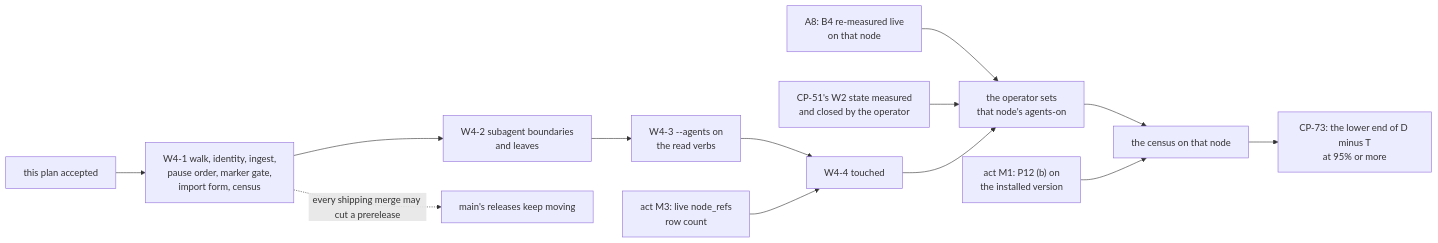
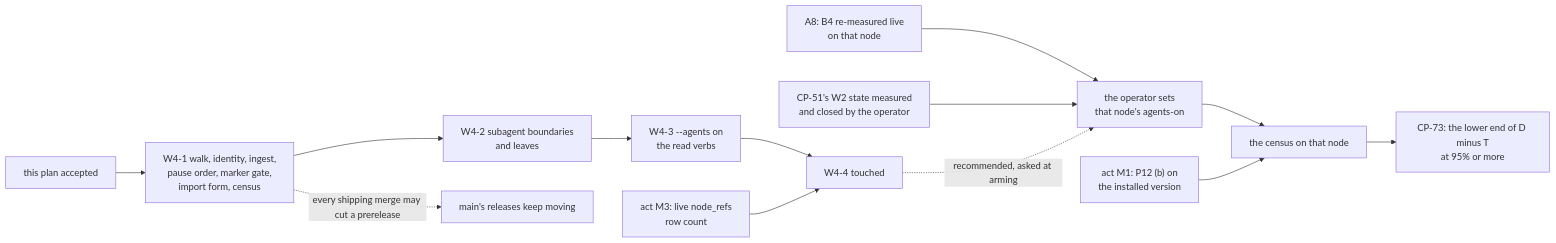
Before and after one commit to Synapsium-Labs/ccrc-pwa: the first of 2 diagrams in docs/superpowers/plans/2026-11-09-ccrc-history-w4-subagents-touched.md, drawn with Mermaid. The commit also changed other lines of this file, not shown here.

````diff
--- a/docs/superpowers/plans/2026-11-09-ccrc-history-w4-subagents-touched.md
+++ b/docs/superpowers/plans/2026-11-09-ccrc-history-w4-subagents-touched.md
@@ -119,15 +139,15 @@
 ```mermaid
 flowchart LR
   A["this plan accepted"] --> W1["W4-1 walk, identity, ingest,<br/>pause order, marker gate,<br/>import form, census"]
   W1 --> W2["W4-2 subagent boundaries<br/>and leaves"]
   W2 --> W3["W4-3 --agents on<br/>the read verbs"]
   W3 --> W4["W4-4 touched"]
   M3["act M3: live node_refs<br/>row count"] --> W4
   W1 -. "every shipping merge may cut a prerelease" .-> PR["main's releases keep moving"]
   B4["A8: B4 re-measured live<br/>on that node"] --> MK["the operator sets<br/>that node's agents-on"]
   CP51["CP-51's W2 state measured<br/>and closed by the operator"] --> MK
-  W4 --> MK
+  W4 -. "recommended, asked at arming" .-> MK
   MK --> CEN["the census on that node"]
   M1["act M1: P12 (b) on<br/>the installed version"] --> CEN
   CEN --> AC["CP-73: the lower end of D minus T<br/>at 95% or more"]
 ```
````
